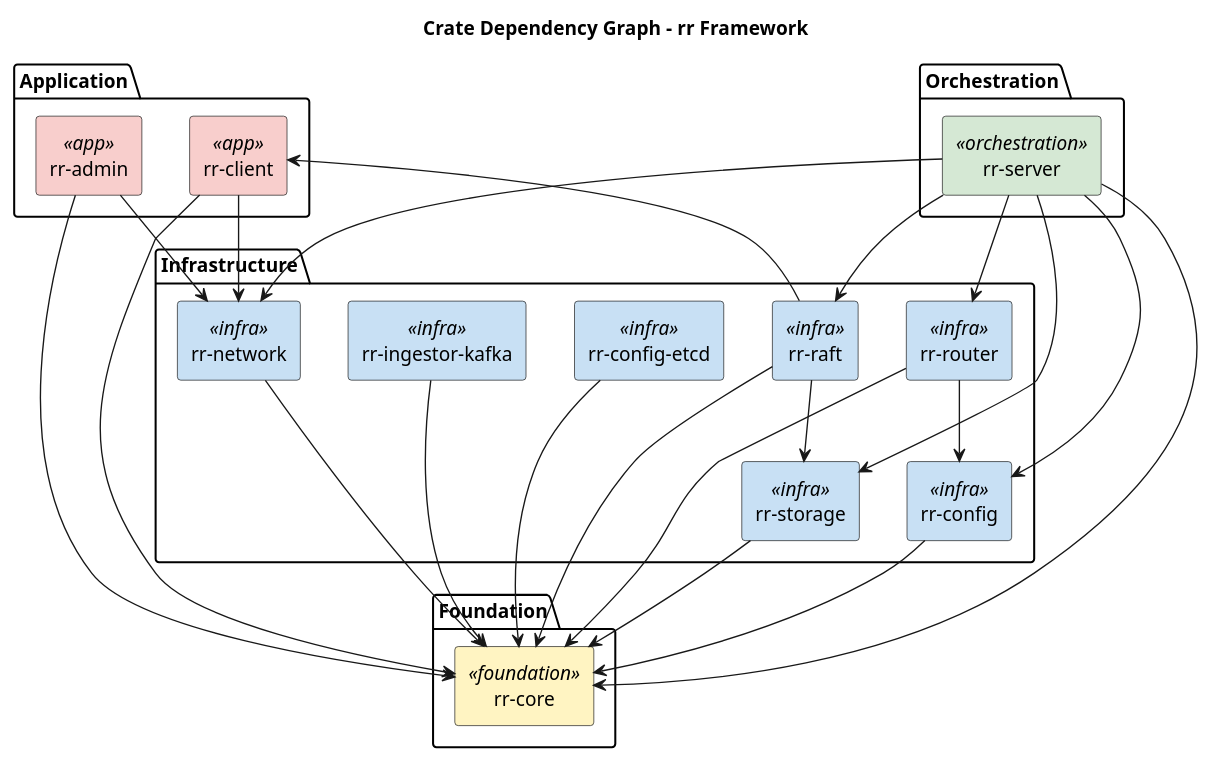
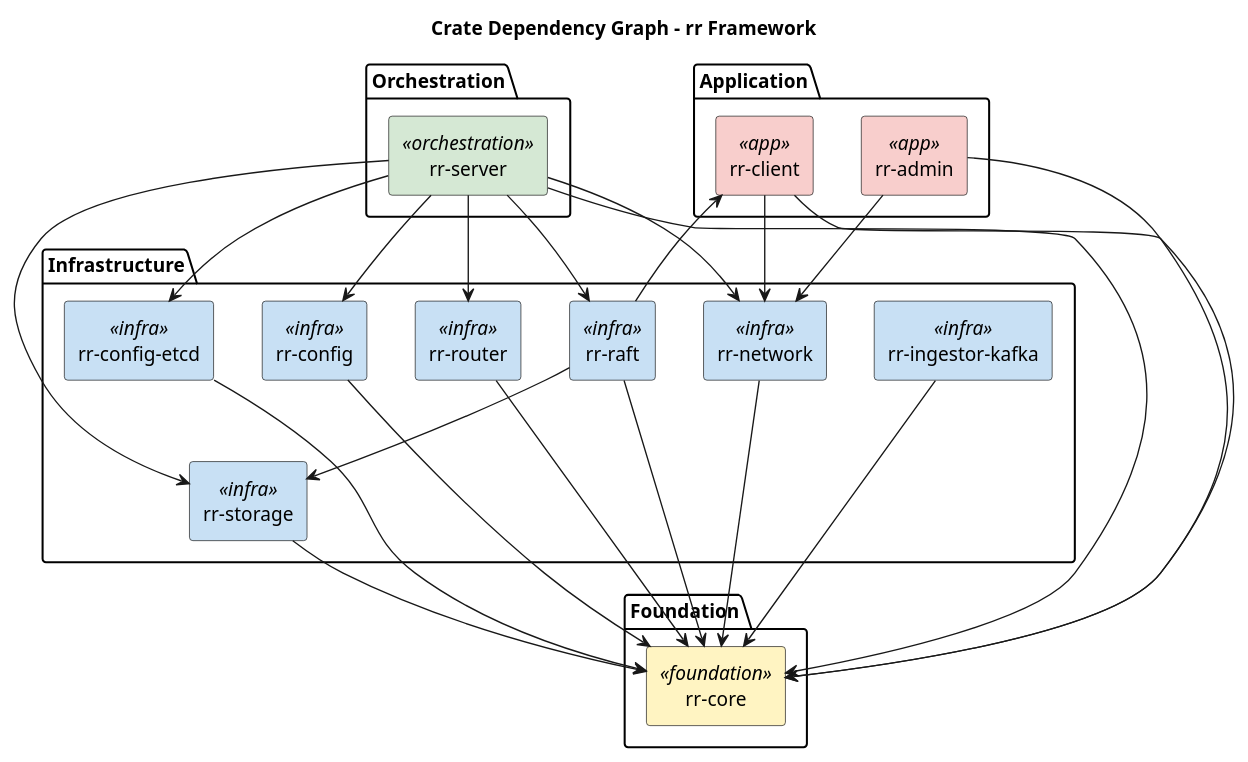
One commit to gardenias/rr changed the diagram in docs/docs/architecture/crate-map.md. Above: the diagram before and after it, drawn with PlantUML. The commit also changed other lines of this file and 130 other files, not shown here.

````diff
--- a/docs/docs/architecture/crate-map.md
+++ b/docs/docs/architecture/crate-map.md
@@ -26,59 +24,59 @@
 ```plantuml
 @startuml
 title Crate Dependency Graph - rr Framework
 
 skinparam componentStyle rectangle
 skinparam component {
   BackgroundColor<<foundation>> #FFF4C2
   BackgroundColor<<infra>> #C8E0F4
   BackgroundColor<<orchestration>> #D5E8D4
   BackgroundColor<<app>> #F8CECC
 }
 
 package "Foundation" {
   [rr-core] <<foundation>>
 }
 
 package "Infrastructure" {
   [rr-config] <<infra>>
   [rr-config-etcd] <<infra>>
   [rr-storage] <<infra>>
   [rr-raft] <<infra>>
   [rr-network] <<infra>>
   [rr-router] <<infra>>
   [rr-ingestor-kafka] <<infra>>
 }
 
 package "Orchestration" {
   [rr-server] <<orchestration>>
 }
 
 package "Application" {
   [rr-client] <<app>>
   [rr-admin] <<app>>
 }
 
 [rr-config] --> [rr-core]
 [rr-config-etcd] --> [rr-core]
 [rr-storage] --> [rr-core]
 [rr-raft] --> [rr-core]
 [rr-raft] --> [rr-storage]
 [rr-raft] --> [rr-client]
 [rr-network] --> [rr-core]
 [rr-router] --> [rr-core]
-[rr-router] --> [rr-config]
 [rr-ingestor-kafka] --> [rr-core]
 
 [rr-server] --> [rr-core]
 [rr-server] --> [rr-raft]
 [rr-server] --> [rr-network]
 [rr-server] --> [rr-router]
 [rr-server] --> [rr-config]
+[rr-server] --> [rr-config-etcd]
 [rr-server] --> [rr-storage]
 
 [rr-client] --> [rr-core]
 [rr-client] --> [rr-network]
 [rr-admin] --> [rr-core]
 [rr-admin] --> [rr-network]
 @enduml
 ```
````
